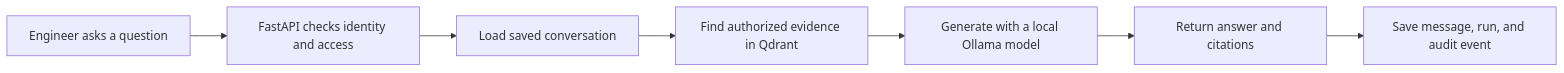
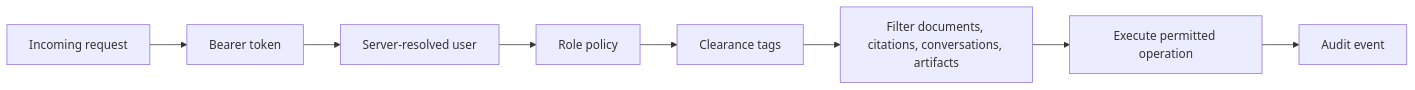
Before and after one commit to AbdulRehan-7designs/Ageis-AI: the fourth of 4 diagrams in README.md, drawn with Mermaid. The commit also changed other lines of this file, not shown here.

````diff
--- a/README.md
+++ b/README.md
@@ -15,9 +146,10 @@
 ```mermaid
 flowchart LR
-    A[Engineer asks a question] --> B[FastAPI checks identity and access]
-    B --> C[Load saved conversation]
-    C --> D[Find authorized evidence in Qdrant]
-    D --> E[Generate with a local Ollama model]
-    E --> F[Return answer and citations]
-    F --> G[Save message, run, and audit event]
+    REQ[Incoming request] --> TOK[Bearer token]
+    TOK --> USER[Server-resolved user]
+    USER --> ROLE[Role policy]
+    ROLE --> CLEAR[Clearance tags]
+    CLEAR --> FILTER[Filter documents, citations, conversations, artifacts]
+    FILTER --> EXEC[Execute permitted operation]
+    EXEC --> LOG[Audit event]
 ```
````
